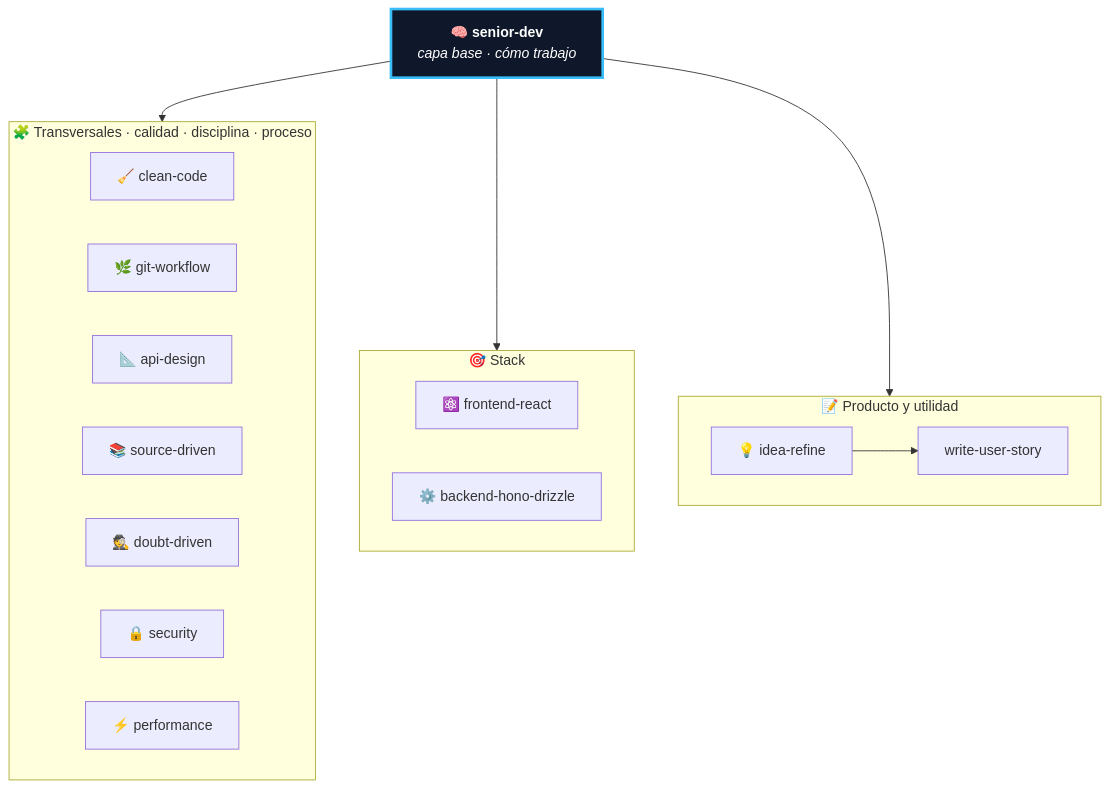
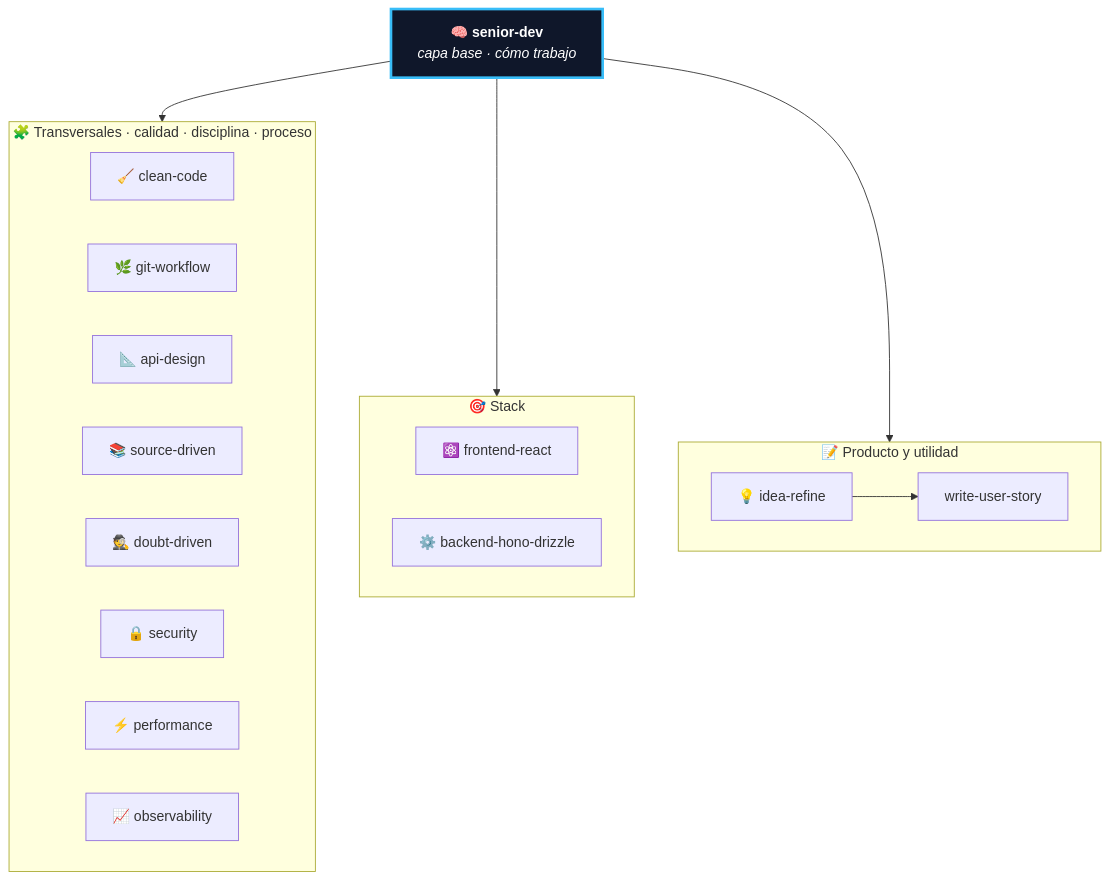
Before and after one commit to ErickEcheverria/eecheverria-skills: the diagram in README.md, drawn with Mermaid. The commit also changed other lines of this file and 2 other files, not shown here.

Commit message:
feat: agrega eecheverria-observability e integra en senior-dev/README
- eecheverria-observability (standalone): logging estructurado (pino +
  correlation IDs), métricas RED/USE con prom-client, tracing OpenTelemetry,
  alerting sobre síntomas y health checks (/health live+ready con Drizzle).
  Adaptada a Hono+Drizzle; referencias rotas del original purgadas.
- senior-dev: fila de delegación para observability (tabla ahora cubre las 12).
- README: nodo y fila de observability en transversales.

````diff
--- a/README.md
+++ b/README.md
@@ -21,31 +21,32 @@
 ```mermaid
 flowchart TD
     SD["🧠 <b>senior-dev</b><br/><i>capa base · cómo trabajo</i>"]:::base
 
     subgraph T["🧩 Transversales · calidad · disciplina · proceso"]
         CC["🧹 clean-code"]
         GW["🌿 git-workflow"]
         AD["📐 api-design"]
         SR["📚 source-driven"]
         DD["🕵️ doubt-driven"]
         SEC["🔒 security"]
         PERF["⚡ performance"]
+        OBS["📈 observability"]
     end
 
     subgraph S["🎯 Stack"]
         RE["⚛️ frontend-react"]
         HN["⚙️ backend-hono-drizzle"]
     end
 
     subgraph U["📝 Producto y utilidad"]
         IR["💡 idea-refine"]
         US["write-user-story"]
         IR --> US
     end
 
     SD --> T
     SD --> S
     SD --> U
 
     classDef base fill:#0f172a,stroke:#38bdf8,stroke-width:3px,color:#fff;
 ```
````
